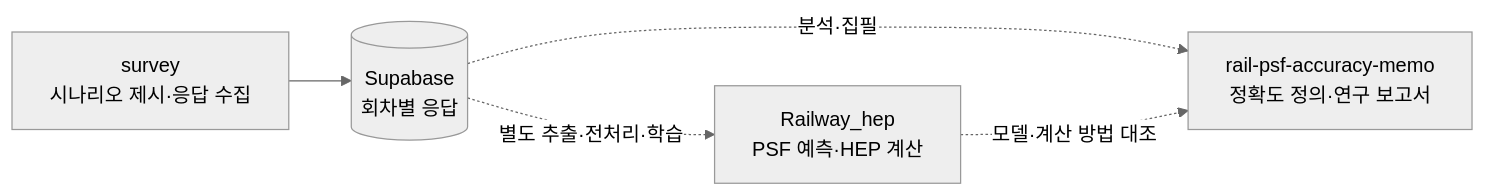
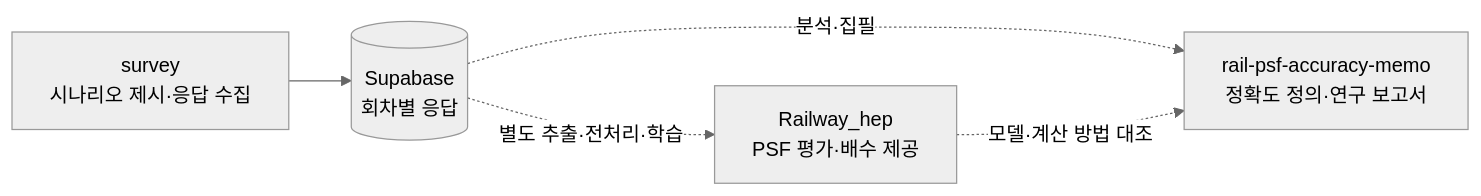
One commit to JungWonSeok97/Railway_Human_Error changed the diagram in README.md. Above: the diagram before and after it, drawn with Mermaid (neutral theme). The commit also changed other lines of this file and 1 other file, not shown here.

First line of the commit message:
chore: PSF 배수 API 전환에 맞춰 안내와 서브모듈 갱신

````diff
--- a/README.md
+++ b/README.md
@@ -44,7 +44,7 @@
 ```mermaid
 flowchart LR
     S["survey<br/>시나리오 제시·응답 수집"] --> DB[("Supabase<br/>회차별 응답")]
-    DB -. "별도 추출·전처리·학습" .-> H["Railway_hep<br/>PSF 예측·HEP 계산"]
+    DB -. "별도 추출·전처리·학습" .-> H["Railway_hep<br/>PSF 평가·배수 제공"]
     DB -. "분석·집필" .-> M["rail-psf-accuracy-memo<br/>정확도 정의·연구 보고서"]
     H -. "모델·계산 방법 대조" .-> M
 ```
````
